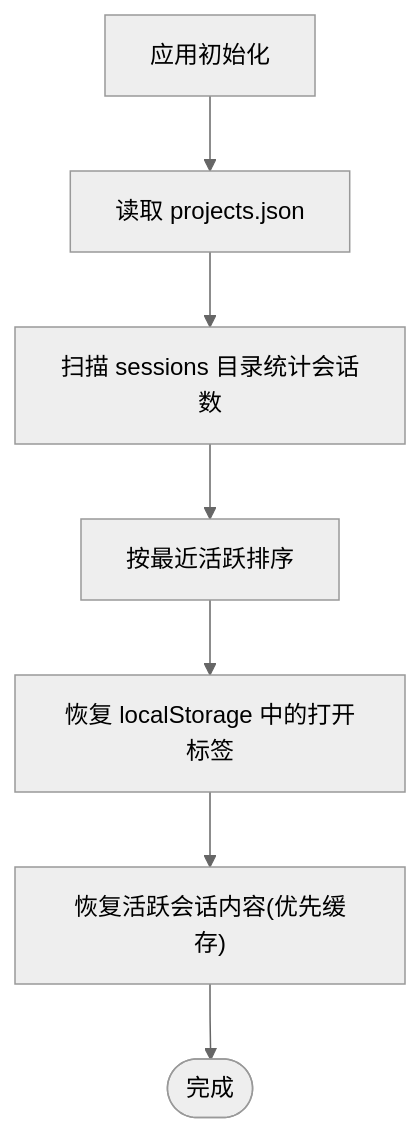
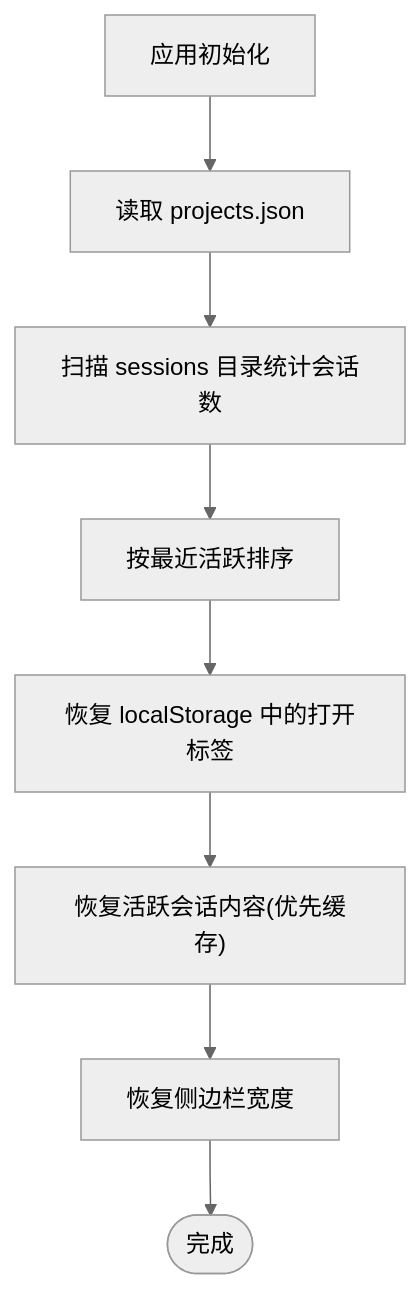
The eighth of 9 diagrams in .qoder/repowiki/zh/content/用户界面/界面组件/项目侧栏.md (swond-Mao/Tiffa), drawn with Mermaid (neutral theme) before and after one commit. The commit also changed other lines of this file and 25 other files, not shown here.

````diff
--- a/.qoder/repowiki/zh/content/用户界面/界面组件/项目侧栏.md
+++ b/.qoder/repowiki/zh/content/用户界面/界面组件/项目侧栏.md
@@ -272,9 +323,10 @@
 ```mermaid
 flowchart TD
 LStart["应用初始化"] --> ReadProj["读取 projects.json"]
 ReadProj --> ScanSessions["扫描 sessions 目录统计会话数"]
 ScanSessions --> Sort["按最近活跃排序"]
 Sort --> CacheTabs["恢复 localStorage 中的打开标签"]
 CacheTabs --> Restore["恢复活跃会话内容(优先缓存)"]
-Restore --> End(["完成"])
+Restore --> LoadSidebarWidth["恢复侧边栏宽度"]
+LoadSidebarWidth --> End(["完成"])
 ```
````
